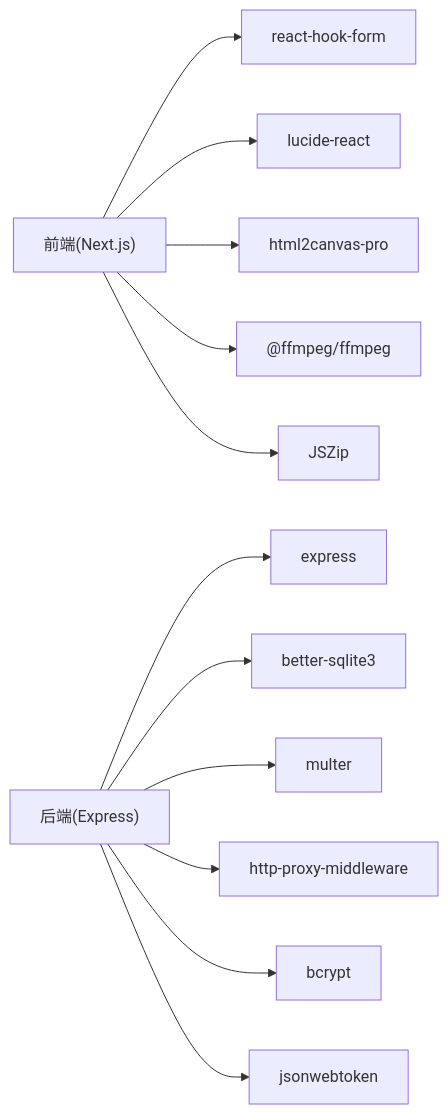
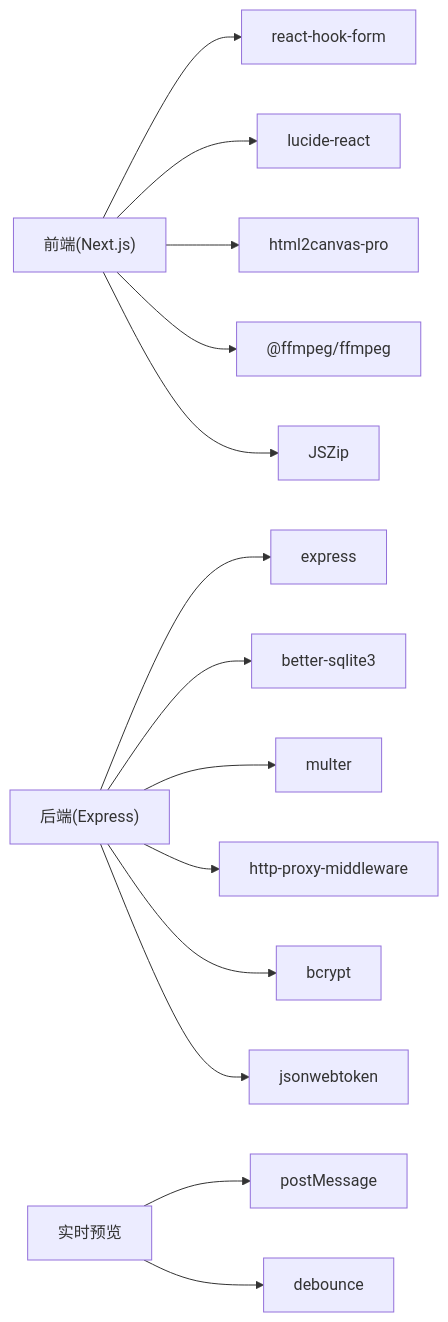
One commit to hx631580609-web/zsts-cms changed the eighth of 8 diagrams in .qoder/repowiki/zh/content/管理后台系统/内容编辑器.md. Above: the diagram before and after it, drawn with Mermaid. The commit also changed other lines of this file and 5 other files, not shown here.

````diff
--- a/.qoder/repowiki/zh/content/管理后台系统/内容编辑器.md
+++ b/.qoder/repowiki/zh/content/管理后台系统/内容编辑器.md
@@ -336,14 +405,16 @@
 ```mermaid
 graph LR
 FE["前端(Next.js)"] --> RH["react-hook-form"]
 FE --> LUCIDE["lucide-react"]
 FE --> H2C["html2canvas-pro"]
 FE --> FFMPEG["@ffmpeg/ffmpeg"]
 FE --> ZIP["JSZip"]
 BE["后端(Express)"] --> EX["express"]
 BE --> SQLITE["better-sqlite3"]
 BE --> MUL["multer"]
 BE --> PROXY["http-proxy-middleware"]
 BE --> BCRYPT["bcrypt"]
 BE --> JWT["jsonwebtoken"]
+LP["实时预览"] --> PM["postMessage"]
+LP --> DEBOUNCE["debounce"]
 ```
````
